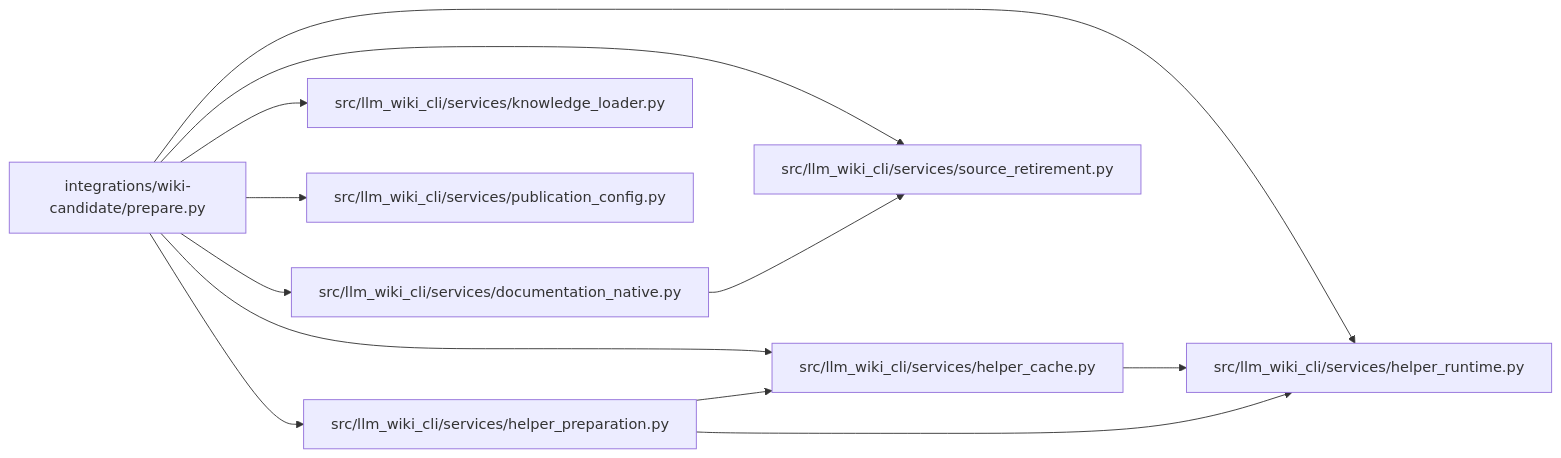
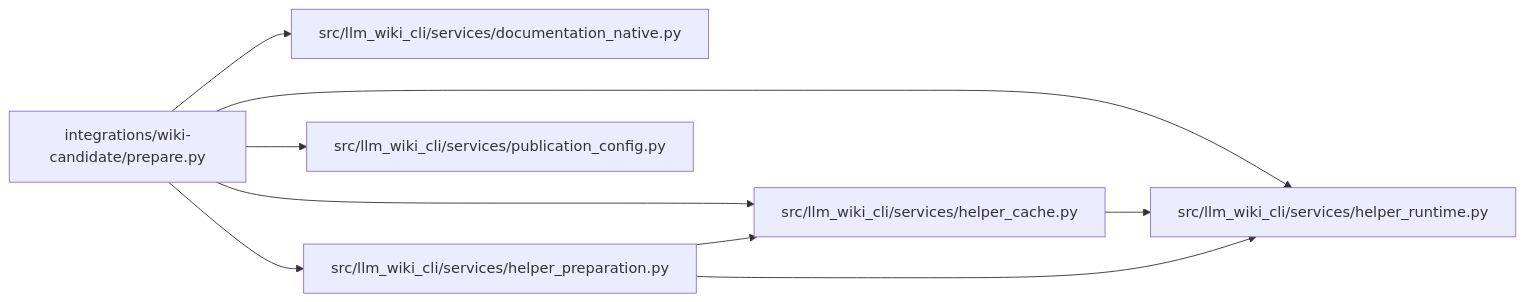
Before and after one commit to Denissvgn/python-wiki-llm: the diagram in docs/llm_wiki/modules/wiki-candidate_prepare.md, drawn with Mermaid. The commit also changed other lines of this file and 1058 other files, not shown here.

First line of the commit message:
docs: refresh the wiki for the knowledge store move

````diff
--- a/docs/llm_wiki/modules/wiki-candidate_prepare.md
+++ b/docs/llm_wiki/modules/wiki-candidate_prepare.md
@@ -32,30 +32,23 @@
 ```mermaid
 flowchart LR
     n0["integrations/wiki-candidate/prepare.py"]
     n1["src/llm_wiki_cli/services/documentation_native.py"]
     n2["src/llm_wiki_cli/services/helper_cache.py"]
     n3["src/llm_wiki_cli/services/helper_preparation.py"]
     n4["src/llm_wiki_cli/services/helper_runtime.py"]
-    n5["src/llm_wiki_cli/services/knowledge_loader.py"]
-    n6["src/llm_wiki_cli/services/publication_config.py"]
-    n7["src/llm_wiki_cli/services/source_retirement.py"]
+    n5["src/llm_wiki_cli/services/publication_config.py"]
     n0 --> n1
     n0 --> n2
     n0 --> n3
     n0 --> n4
     n0 --> n5
-    n0 --> n6
-    n0 --> n7
-    n1 --> n7
     n2 --> n4
     n3 --> n2
     n3 --> n4
     click n0 "../modules/wiki-candidate_prepare.md"
     click n1 "../modules/documentation_native.md"
     click n2 "../modules/helper_cache.md"
     click n3 "../modules/helper_preparation.md"
     click n4 "../modules/helper_runtime.md"
-    click n5 "../modules/knowledge_loader.md"
-    click n6 "../modules/publication_config.md"
-    click n7 "../modules/source_retirement.md"
+    click n5 "../modules/publication_config.md"
 ```
````
